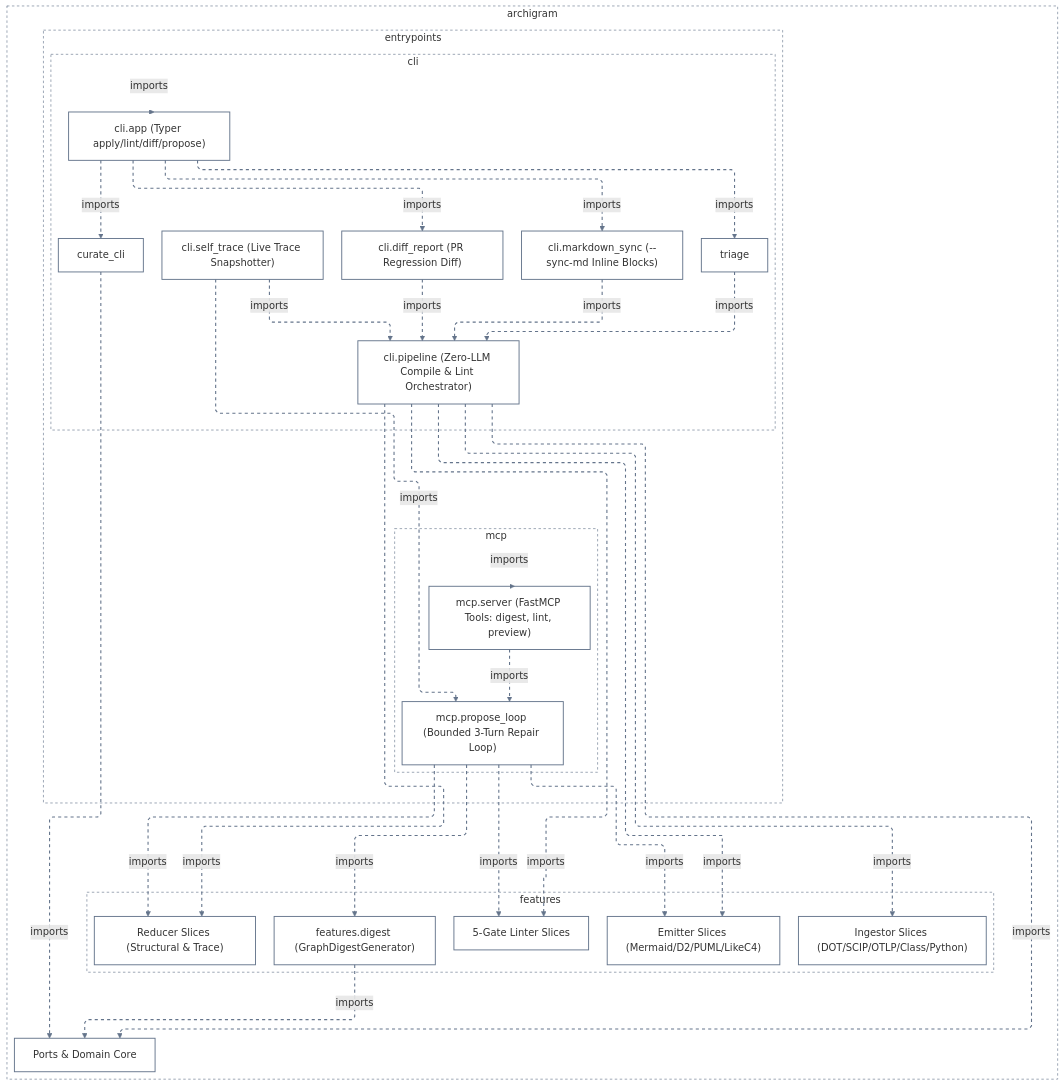
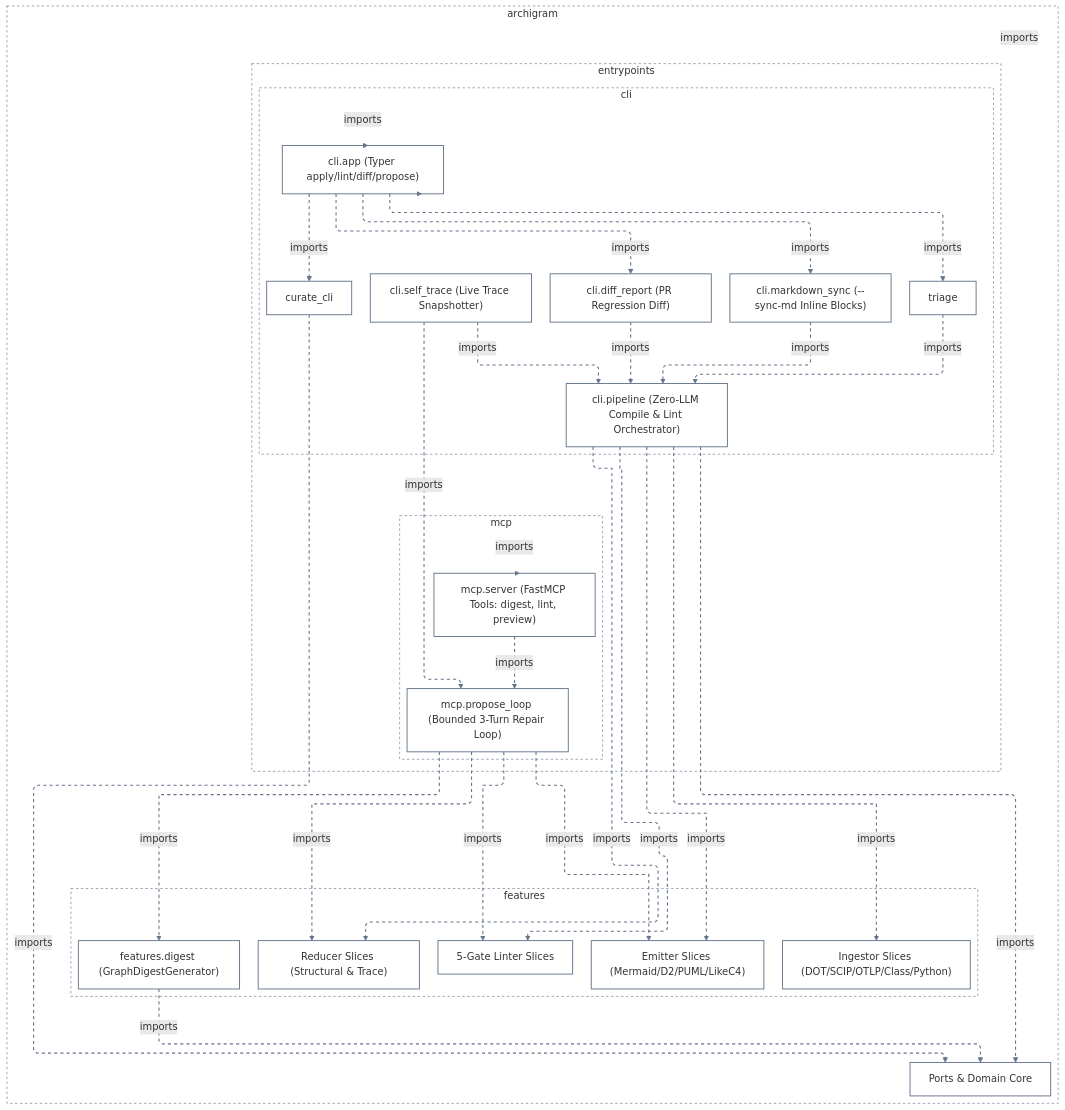
The diagram in docs/architecture/diagrams/l2d_cli_and_mcp_adapters_mermaid.mmd (klcd/archigram), drawn with Mermaid before and after one commit. The commit also changed 39 other files, not shown here.

```diff
--- a/docs/architecture/diagrams/l2d_cli_and_mcp_adapters_mermaid.mmd
+++ b/docs/architecture/diagrams/l2d_cli_and_mcp_adapters_mermaid.mmd
@@ -1,66 +1,67 @@
 ---
 config:
   layout: elk
   elk:
     mergeEdges: false
     nodePlacementStrategy: BRANDES_KOEPF
   flowchart:
     defaultRenderer: elk
     curve: linear
 ---
 flowchart TD
   classDef default fill:transparent,stroke:#64748b,stroke-width:1.5px
   subgraph n0["archigram"]
     subgraph n1["entrypoints"]
       subgraph n2["cli"]
         n3["curate_cli"]
         n4["triage"]
         n7["cli.app (Typer apply/lint/diff/propose)"]
         n8["cli.diff_report (PR Regression Diff)"]
         n9["cli.markdown_sync (--sync-md Inline Blocks)"]
         n10["cli.pipeline (Zero-LLM Compile & Lint Orchestrator)"]
         n11["cli.self_trace (Live Trace Snapshotter)"]
       end
       subgraph n5["mcp"]
         n17["mcp.propose_loop (Bounded 3-Turn Repair Loop)"]
         n18["mcp.server (FastMCP Tools: digest, lint, preview)"]
       end
     end
     subgraph n6["features"]
       n12["features.digest (GraphDigestGenerator)"]
       n13["Emitter Slices (Mermaid/D2/PUML/LikeC4)"]
       n14["Ingestor Slices (DOT/SCIP/OTLP/Class/Python)"]
       n15["5-Gate Linter Slices"]
       n16["Reducer Slices (Structural & Trace)"]
     end
     n19["Ports & Domain Core"]
   end
   style n0 fill:transparent,stroke:#64748b,stroke-width:1px,stroke-dasharray:4 4
   style n1 fill:transparent,stroke:#64748b,stroke-width:1px,stroke-dasharray:4 4
   style n2 fill:transparent,stroke:#64748b,stroke-width:1px,stroke-dasharray:4 4
   style n5 fill:transparent,stroke:#64748b,stroke-width:1px,stroke-dasharray:4 4
   style n6 fill:transparent,stroke:#64748b,stroke-width:1px,stroke-dasharray:4 4
   n7 -.->|"imports"| n3
   n7 -.->|"imports"| n4
   n2 -.->|"imports"| n7
+  n7 -.->|"imports"| n0
   n8 -.->|"imports"| n10
   n7 -.->|"imports"| n8
   n9 -.->|"imports"| n10
   n7 -.->|"imports"| n9
   n4 -.->|"imports"| n10
   n11 -.->|"imports"| n10
   n17 -.->|"imports"| n12
   n17 -.->|"imports"| n13
   n10 -.->|"imports"| n13
   n10 -.->|"imports"| n14
   n17 -.->|"imports"| n15
   n10 -.->|"imports"| n15
   n11 -.->|"imports"| n17
   n18 -.->|"imports"| n17
   n5 -.->|"imports"| n18
   n12 -.->|"imports"| n19
   n3 -.->|"imports"| n19
   n10 -.->|"imports"| n19
   n17 -.->|"imports"| n16
   n10 -.->|"imports"| n16
-  linkStyle 0,1,2,3,4,5,6,7,8,9,10,11,12,13,14,15,16,17,18,19,20,21,22 stroke:#64748b,stroke-width:1.75px,stroke-dasharray:5 5
+  linkStyle 0,1,2,3,4,5,6,7,8,9,10,11,12,13,14,15,16,17,18,19,20,21,22,23 stroke:#64748b,stroke-width:1.75px,stroke-dasharray:5 5
```
